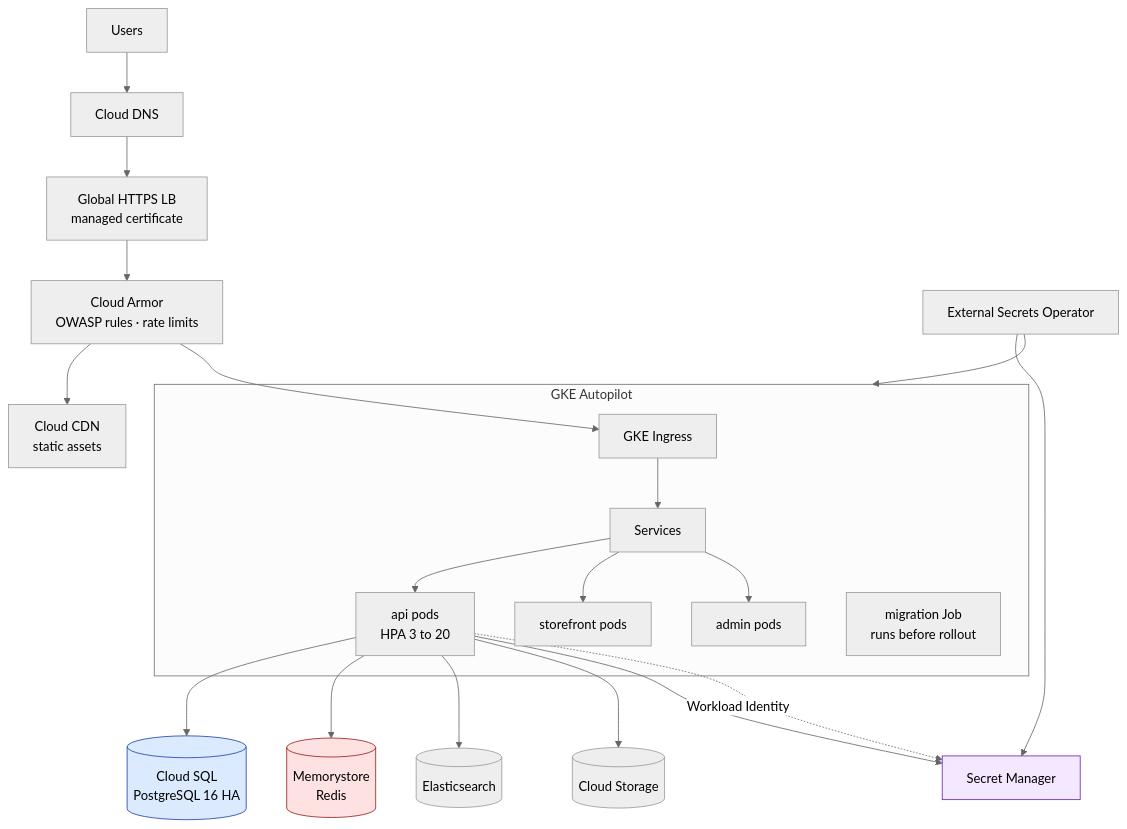
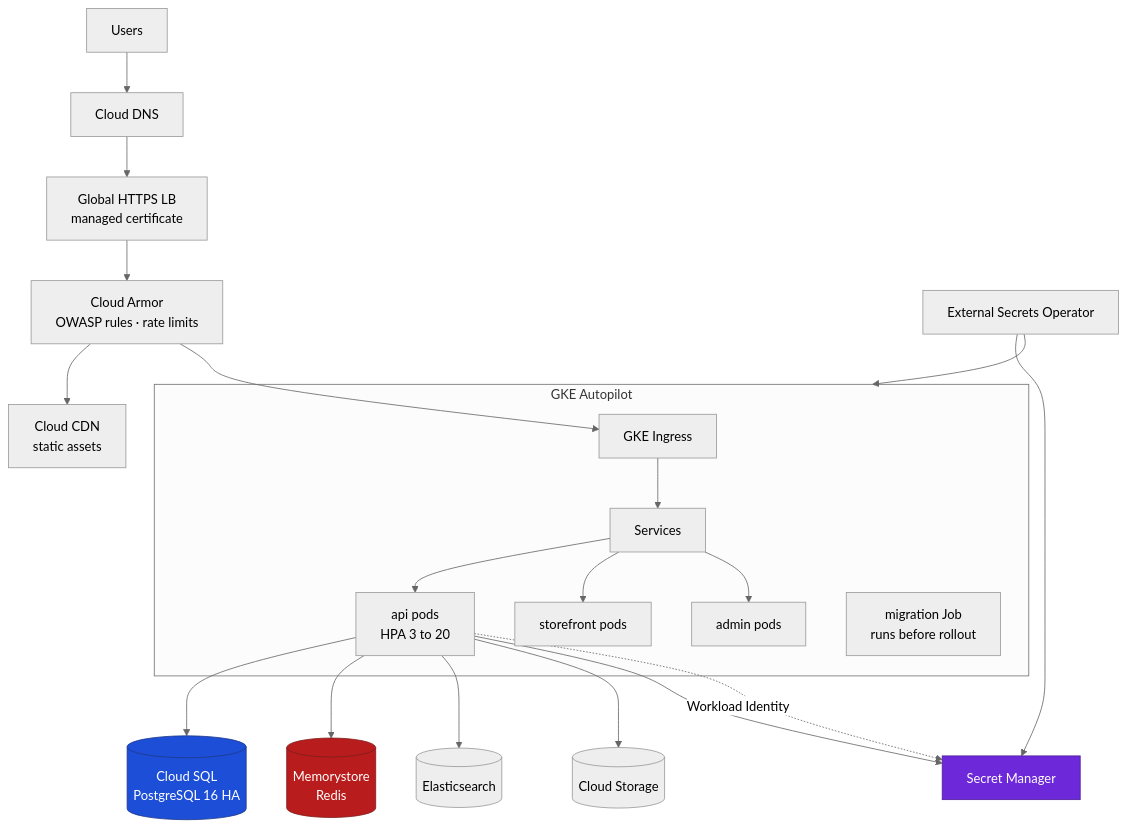
Before and after one commit to ahmedselimmansor-ctrl/Eshop-E-Comerce-NEXT.JS-Spring-Boot: diagram 17 of 18 in README.md, drawn with Mermaid (neutral theme). The commit also changed other lines of this file, not shown here.

````diff
--- a/README.md
+++ b/README.md
@@ -811,30 +846,30 @@
 ```mermaid
 flowchart TB
     U["Users"] --> DNS["Cloud DNS"]
     DNS --> LB["Global HTTPS LB<br/>managed certificate"]
     LB --> ARMOR["Cloud Armor<br/>OWASP rules · rate limits"]
     ARMOR --> CDN["Cloud CDN<br/>static assets"]
     ARMOR --> ING["GKE Ingress"]
 
     subgraph gke ["GKE Autopilot"]
         ING --> SVC["Services"]
         SVC --> APIP["api pods<br/>HPA 3 to 20"]
         SVC --> WEBP["storefront pods"]
         SVC --> ADMP["admin pods"]
         JOB["migration Job<br/>runs before rollout"]
     end
 
     APIP --> SQL[("Cloud SQL<br/>PostgreSQL 16 HA")]
     APIP --> MEM[("Memorystore<br/>Redis")]
     APIP --> ESC[("Elasticsearch")]
     APIP --> BUCK[("Cloud Storage")]
     APIP --> SM["Secret Manager"]
 
     ESO["External Secrets Operator"] --> SM
     ESO --> gke
     APIP -.->|"Workload Identity"| SM
 
-    style SQL fill:#dbeafe,stroke:#1e40af
-    style MEM fill:#fee2e2,stroke:#991b1b
-    style SM fill:#f3e8ff,stroke:#6b21a8
+    style SQL fill:#1d4ed8,stroke:#1e3a8a,color:#ffffff
+    style MEM fill:#b91c1c,stroke:#7f1d1d,color:#ffffff
+    style SM fill:#6d28d9,stroke:#4c1d95,color:#ffffff
 ```
````
